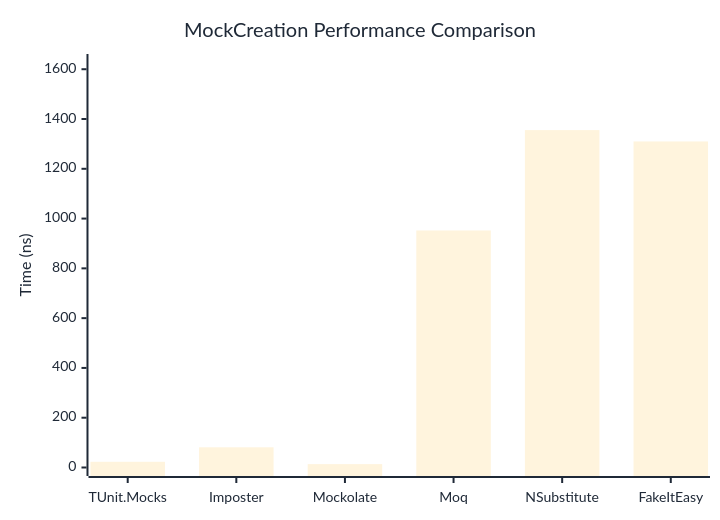
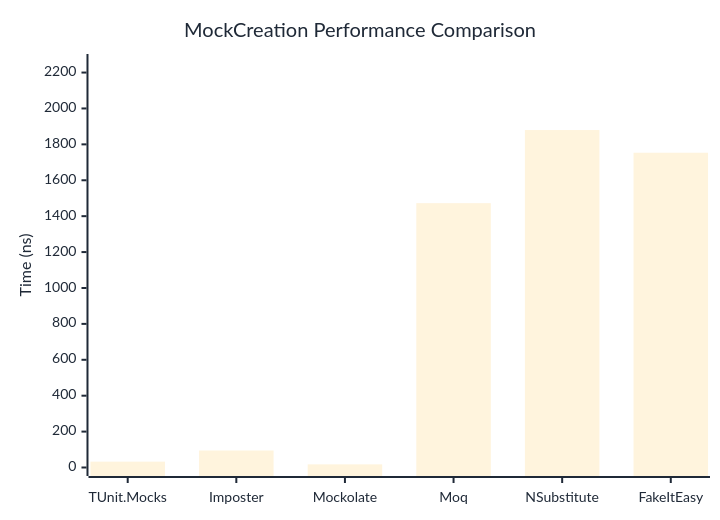
Before and after one commit to thomhurst/TUnit: the first of 2 diagrams in docs/docs/benchmarks/mocks/MockCreation.md, drawn with Mermaid. The commit also changed other lines of this file and 14 other files, not shown here.

````diff
--- a/docs/docs/benchmarks/mocks/MockCreation.md
+++ b/docs/docs/benchmarks/mocks/MockCreation.md
@@ -30,27 +30,27 @@
 ```mermaid
 %%{init: {
   'theme':'base',
   'themeVariables': {
     'primaryColor': '#2563eb',
     'primaryTextColor': '#1f2937',
     'primaryBorderColor': '#1e40af',
     'lineColor': '#6b7280',
     'secondaryColor': '#7c3aed',
     'tertiaryColor': '#dc2626',
     'background': '#ffffff',
     'pie1': '#2563eb',
     'pie2': '#7c3aed',
     'pie3': '#dc2626',
     'pie4': '#f59e0b',
     'pie5': '#10b981',
     'pie6': '#06b6d4',
     'pie7': '#ec4899',
     'pie8': '#6366f1'
   }
 }}%%
 xychart-beta
   title "MockCreation Performance Comparison"
   x-axis ["TUnit.Mocks", "Imposter", "Mockolate", "Moq", "NSubstitute", "FakeItEasy"]
-  y-axis "Time (ns)" 0 --> 1627
-  bar [22.89, 81.17, 13.5, 952.21, 1355.45, 1309.89]
+  y-axis "Time (ns)" 0 --> 2256
+  bar [32.69, 94.68, 17.52, 1472.45, 1879.73, 1753.38]
 ```
````
